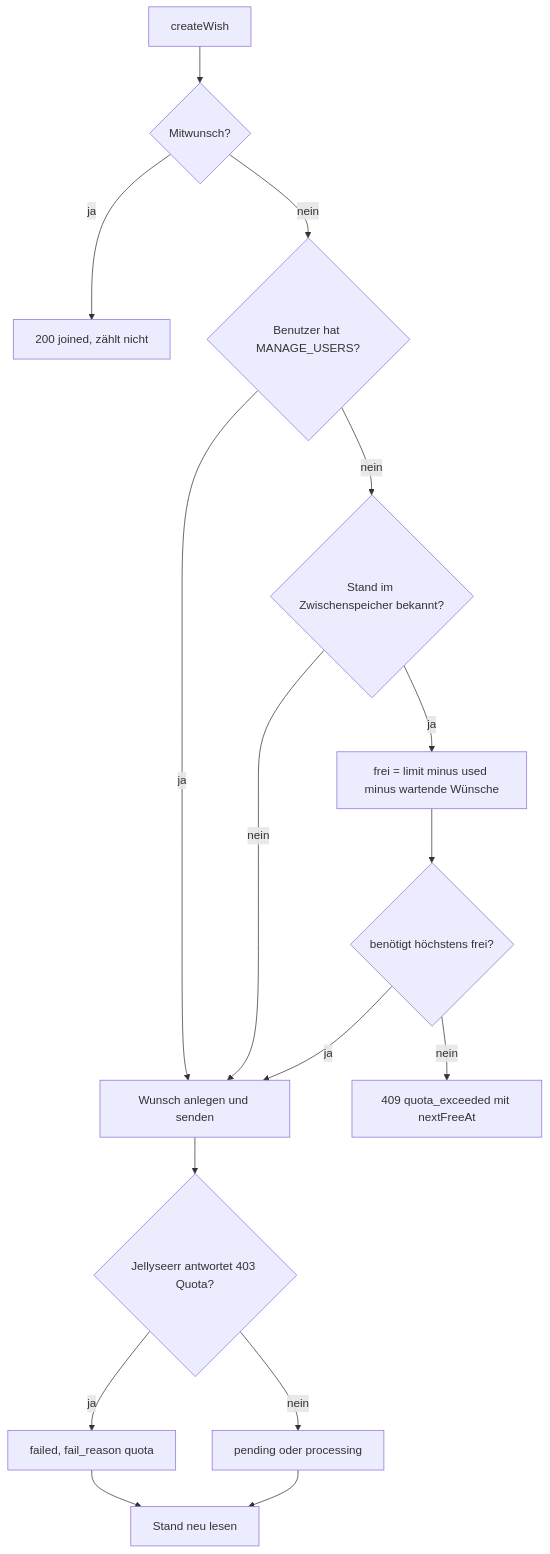
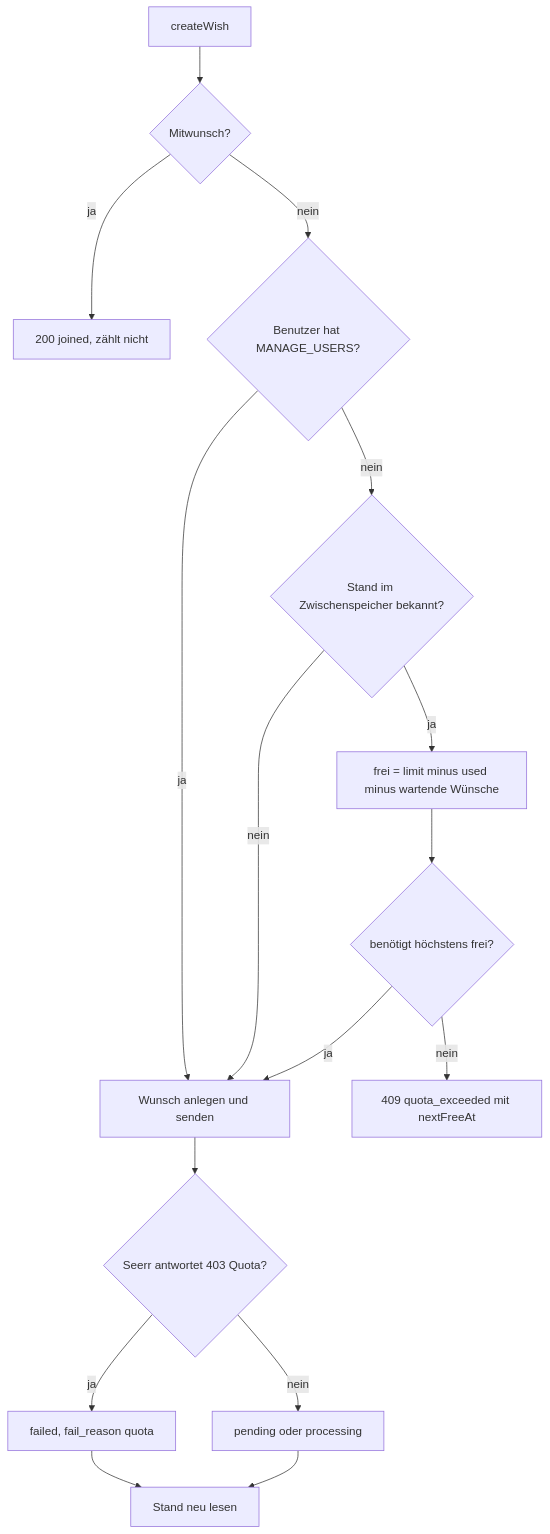
One commit to SlouchCat/slouchcat changed the ninth of 12 diagrams in docs/planning/25-medienwuensche/03-architektur.md. Above: the diagram before and after it, drawn with Mermaid. The commit also changed other lines of this file and 30 other files, not shown here.

````diff
--- a/docs/planning/25-medienwuensche/03-architektur.md
+++ b/docs/planning/25-medienwuensche/03-architektur.md
@@ -1379,18 +1392,18 @@
 ```mermaid
 flowchart TD
   A["createWish"] --> B{"Mitwunsch?"}
   B -->|"ja"| OK1["200 joined, zählt nicht"]
   B -->|"nein"| C{"Benutzer hat MANAGE_USERS?"}
   C -->|"ja"| SEND["Wunsch anlegen und senden"]
   C -->|"nein"| D{"Stand im Zwischenspeicher bekannt?"}
   D -->|"nein"| SEND
   D -->|"ja"| E["frei = limit minus used minus wartende Wünsche"]
   E --> F{"benötigt höchstens frei?"}
   F -->|"ja"| SEND
   F -->|"nein"| G["409 quota_exceeded mit nextFreeAt"]
-  SEND --> H{"Jellyseerr antwortet 403 Quota?"}
+  SEND --> H{"Seerr antwortet 403 Quota?"}
   H -->|"ja"| I["failed, fail_reason quota"]
   H -->|"nein"| J["pending oder processing"]
   I --> K["Stand neu lesen"]
   J --> K
 ```
````
